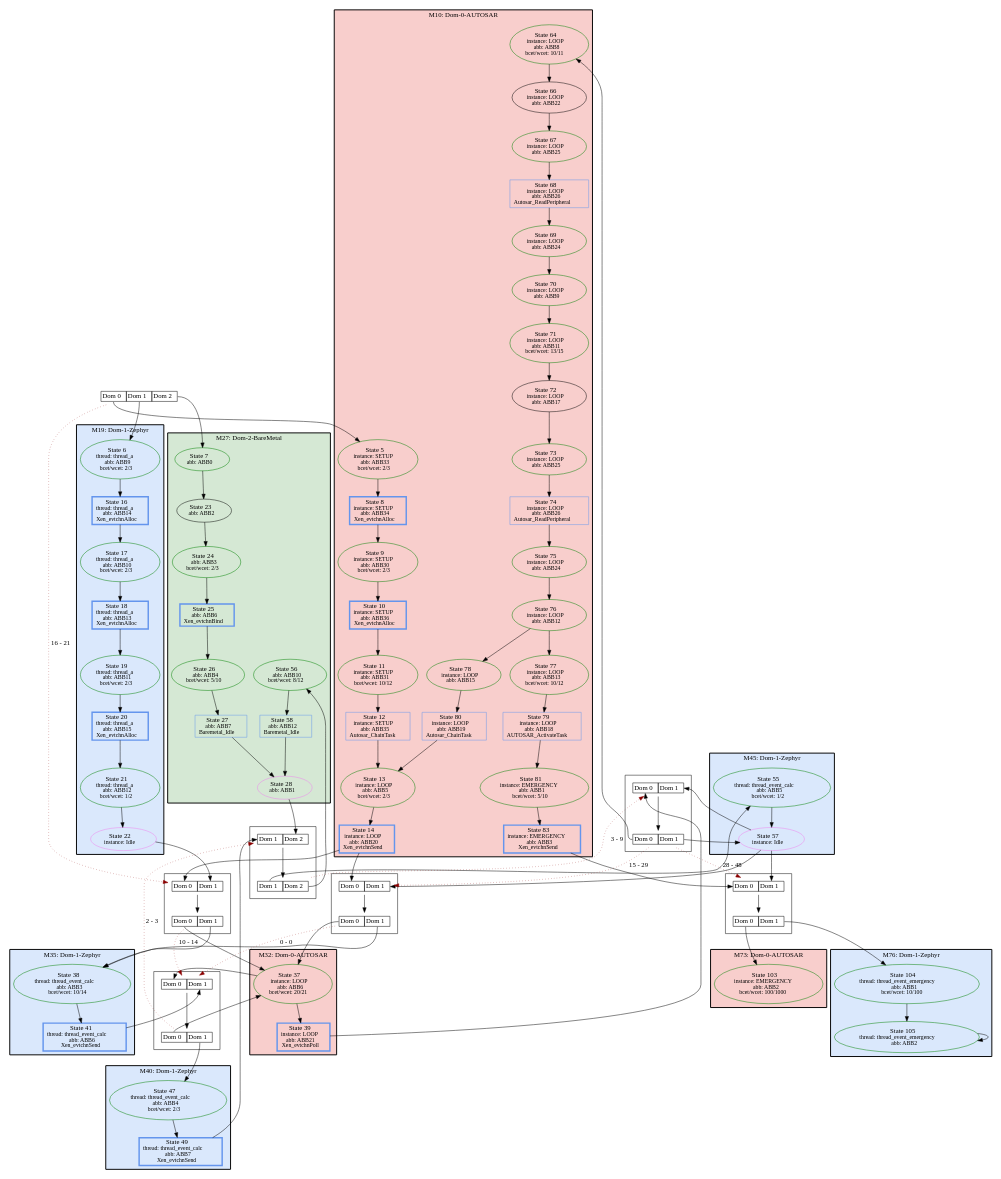
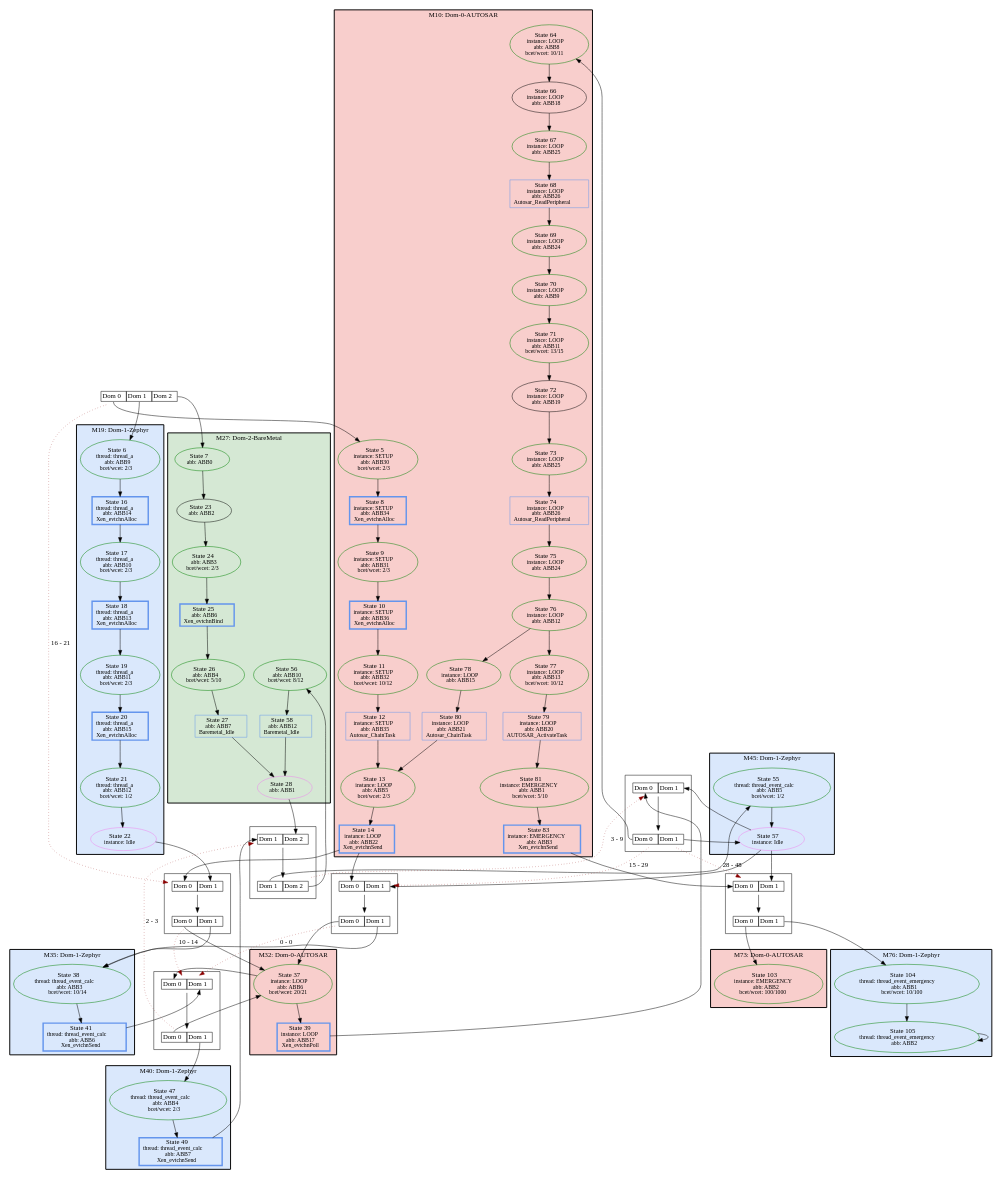
One commit to luhsra/ara changed the diagram in appl/Xen/braking/HyperSSE.brakingCheck.hstg.dot. Above: the diagram before and after it, drawn with Graphviz. The commit also changed 50 other files, not shown here.

Commit message:
HyperSSE-XenEval: update reference graphs because ABB numbers changed (not sure why)

```diff
--- a/appl/Xen/braking/HyperSSE.brakingCheck.hstg.dot
+++ b/appl/Xen/braking/HyperSSE.brakingCheck.hstg.dot
@@ -5,26 +5,26 @@
 label="M10: Dom-0-AUTOSAR";
 bgcolor="#F8CECC";
 style=bold;
-2 [fontsize=14, label=<State 5<br/><font point-size='12'>instance: SETUP<br/>abb: ABB33<br/>bcet/wcet: 2/3</font>>, tooltip=2, style=solid, color=green];
+2 [fontsize=14, label=<State 5<br/><font point-size='12'>instance: SETUP<br/>abb: ABB30<br/>bcet/wcet: 2/3</font>>, tooltip=2, style=solid, color=green];
 3 [fontsize=14, label=<State 8<br/><font point-size='12'>instance: SETUP<br/>abb: ABB34<br/>Xen_evtchnAlloc</font>>, tooltip=3, color=cornflowerblue, shape=box, penwidth=3];
-4 [fontsize=14, label=<State 9<br/><font point-size='12'>instance: SETUP<br/>abb: ABB30<br/>bcet/wcet: 2/3</font>>, tooltip=4, style=solid, color=green];
+4 [fontsize=14, label=<State 9<br/><font point-size='12'>instance: SETUP<br/>abb: ABB31<br/>bcet/wcet: 2/3</font>>, tooltip=4, style=solid, color=green];
 5 [fontsize=14, label=<State 10<br/><font point-size='12'>instance: SETUP<br/>abb: ABB36<br/>Xen_evtchnAlloc</font>>, tooltip=5, color=cornflowerblue, shape=box, penwidth=3];
-6 [fontsize=14, label=<State 11<br/><font point-size='12'>instance: SETUP<br/>abb: ABB31<br/>bcet/wcet: 10/12</font>>, tooltip=6, style=solid, color=green];
+6 [fontsize=14, label=<State 11<br/><font point-size='12'>instance: SETUP<br/>abb: ABB32<br/>bcet/wcet: 10/12</font>>, tooltip=6, style=solid, color=green];
 7 [fontsize=14, label=<State 12<br/><font point-size='12'>instance: SETUP<br/>abb: ABB35<br/>Autosar_ChainTask</font>>, tooltip=7, color=cornflowerblue, shape=box];
 8 [fontsize=14, label=<State 13<br/><font point-size='12'>instance: LOOP<br/>abb: ABB5<br/>bcet/wcet: 2/3</font>>, tooltip=8, style=solid, color=green];
-9 [fontsize=14, label=<State 14<br/><font point-size='12'>instance: LOOP<br/>abb: ABB20<br/>Xen_evtchnSend</font>>, tooltip=9, color=cornflowerblue, shape=box, penwidth=3];
-64 [fontsize=14, label=<State 79<br/><font point-size='12'>instance: LOOP<br/>abb: ABB18<br/>AUTOSAR_ActivateTask</font>>, tooltip=64, color=cornflowerblue, shape=box];
-65 [fontsize=14, label=<State 80<br/><font point-size='12'>instance: LOOP<br/>abb: ABB19<br/>Autosar_ChainTask</font>>, tooltip=65, color=cornflowerblue, shape=box];
+9 [fontsize=14, label=<State 14<br/><font point-size='12'>instance: LOOP<br/>abb: ABB22<br/>Xen_evtchnSend</font>>, tooltip=9, color=cornflowerblue, shape=box, penwidth=3];
+64 [fontsize=14, label=<State 79<br/><font point-size='12'>instance: LOOP<br/>abb: ABB20<br/>AUTOSAR_ActivateTask</font>>, tooltip=64, color=cornflowerblue, shape=box];
+65 [fontsize=14, label=<State 80<br/><font point-size='12'>instance: LOOP<br/>abb: ABB21<br/>Autosar_ChainTask</font>>, tooltip=65, color=cornflowerblue, shape=box];
 66 [fontsize=14, label=<State 81<br/><font point-size='12'>instance: EMERGENCY<br/>abb: ABB1<br/>bcet/wcet: 5/10</font>>, tooltip=66, style=solid, color=green];
 67 [fontsize=14, label=<State 83<br/><font point-size='12'>instance: EMERGENCY<br/>abb: ABB3<br/>Xen_evtchnSend</font>>, tooltip=67, color=cornflowerblue, shape=box, penwidth=3];
 50 [fontsize=14, label=<State 64<br/><font point-size='12'>instance: LOOP<br/>abb: ABB8<br/>bcet/wcet: 10/11</font>>, tooltip=50, style=solid, color=green];
-51 [fontsize=14, label=<State 66<br/><font point-size='12'>instance: LOOP<br/>abb: ABB22</font>>, tooltip=51];
+51 [fontsize=14, label=<State 66<br/><font point-size='12'>instance: LOOP<br/>abb: ABB18</font>>, tooltip=51];
 52 [fontsize=14, label=<State 67<br/><font point-size='12'>instance: LOOP<br/>abb: ABB25</font>>, tooltip=52, style=solid, color=green];
 53 [fontsize=14, label=<State 68<br/><font point-size='12'>instance: LOOP<br/>abb: ABB26<br/>Autosar_ReadPeripheral</font>>, tooltip=53, color=cornflowerblue, shape=box];
 54 [fontsize=14, label=<State 69<br/><font point-size='12'>instance: LOOP<br/>abb: ABB24</font>>, tooltip=54, style=solid, color=green];
 55 [fontsize=14, label=<State 70<br/><font point-size='12'>instance: LOOP<br/>abb: ABB9</font>>, tooltip=55, style=solid, color=green];
 56 [fontsize=14, label=<State 71<br/><font point-size='12'>instance: LOOP<br/>abb: ABB11<br/>bcet/wcet: 13/15</font>>, tooltip=56, style=solid, color=green];
-57 [fontsize=14, label=<State 72<br/><font point-size='12'>instance: LOOP<br/>abb: ABB17</font>>, tooltip=57];
+57 [fontsize=14, label=<State 72<br/><font point-size='12'>instance: LOOP<br/>abb: ABB19</font>>, tooltip=57];
 58 [fontsize=14, label=<State 73<br/><font point-size='12'>instance: LOOP<br/>abb: ABB25</font>>, tooltip=58, style=solid, color=green];
 59 [fontsize=14, label=<State 74<br/><font point-size='12'>instance: LOOP<br/>abb: ABB26<br/>Autosar_ReadPeripheral</font>>, tooltip=59, color=cornflowerblue, shape=box];
 60 [fontsize=14, label=<State 75<br/><font point-size='12'>instance: LOOP<br/>abb: ABB24</font>>, tooltip=60, style=solid, color=green];
@@ -64,7 +64,7 @@
 bgcolor="#F8CECC";
 style=bold;
 30 [fontsize=14, label=<State 37<br/><font point-size='12'>instance: LOOP<br/>abb: ABB6<br/>bcet/wcet: 20/21</font>>, tooltip=30, style=solid, color=green];
-31 [fontsize=14, label=<State 39<br/><font point-size='12'>instance: LOOP<br/>abb: ABB21<br/>Xen_evtchnPoll</font>>, tooltip=31, color=cornflowerblue, shape=box, penwidth=3];
+31 [fontsize=14, label=<State 39<br/><font point-size='12'>instance: LOOP<br/>abb: ABB17<br/>Xen_evtchnPoll</font>>, tooltip=31, color=cornflowerblue, shape=box, penwidth=3];
 }
 subgraph cluster_35 {
 label="M35: Dom-1-Zephyr";
```
